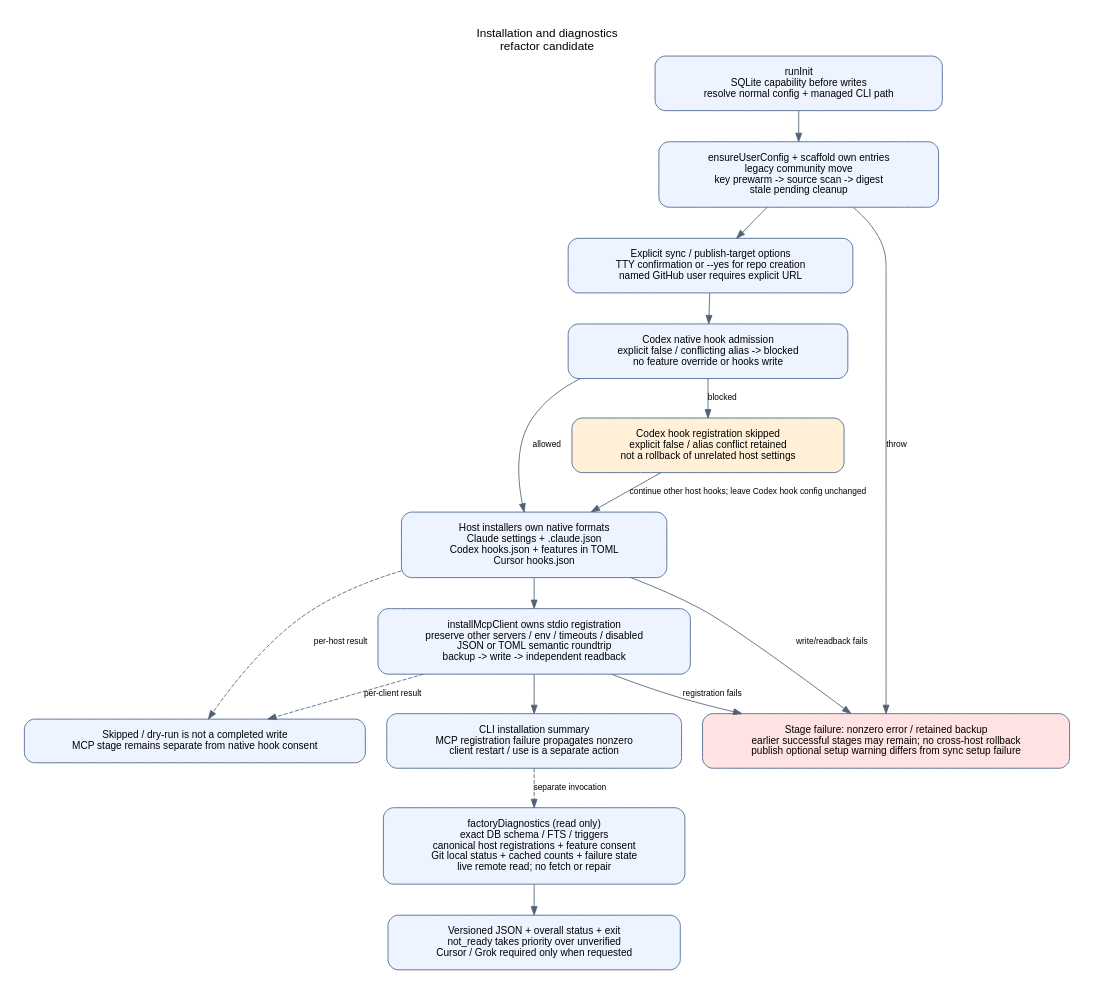
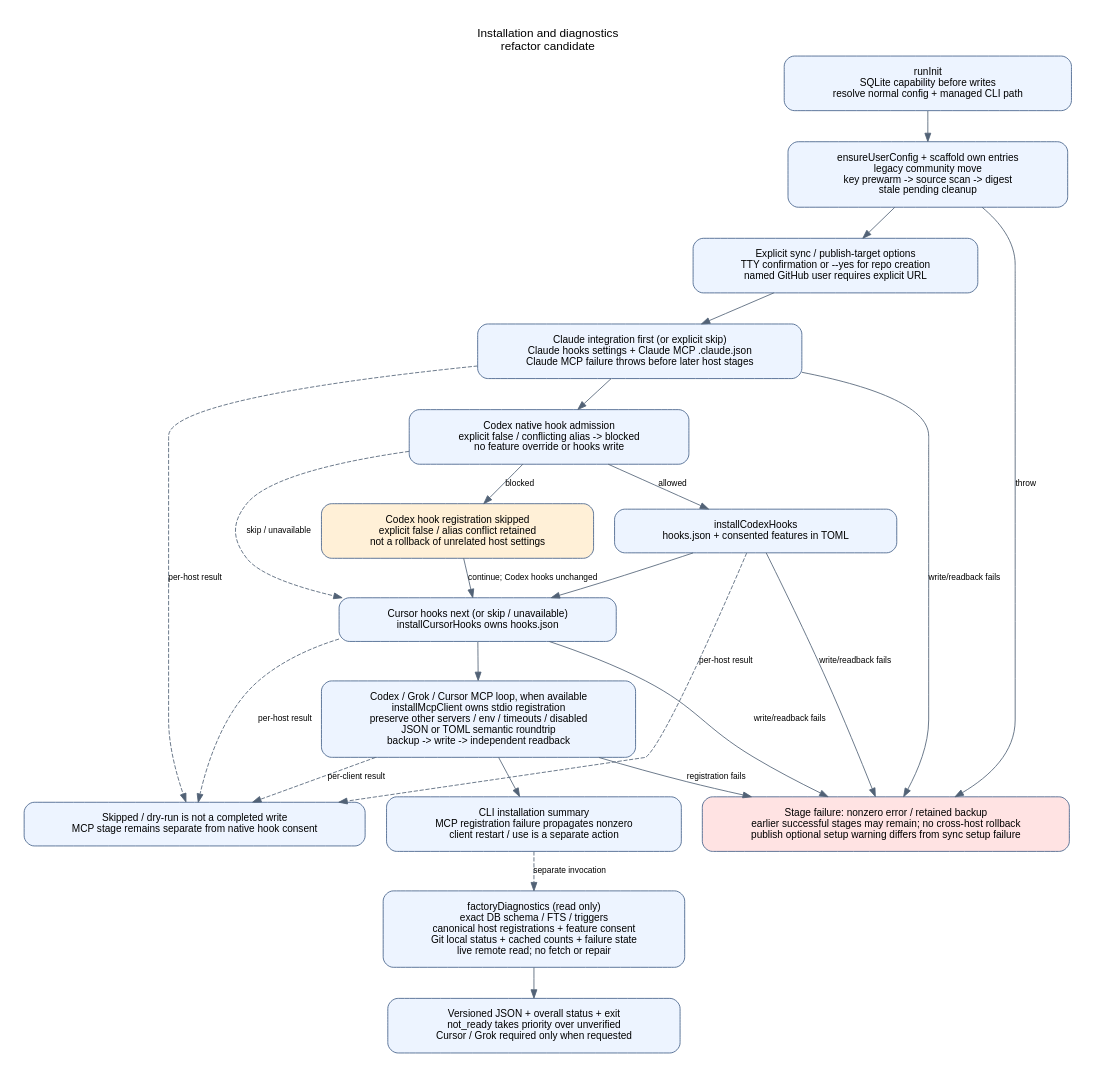
Before and after one commit to kitepon/Caveat: the diagram in docs/diagrams/06-install-diagnostics.dot, drawn with Graphviz. The commit also changed 9 other files, not shown here.

```diff
--- a/docs/diagrams/06-install-diagnostics.dot
+++ b/docs/diagrams/06-install-diagnostics.dot
@@ -1,35 +1,38 @@
 digraph installation {
  graph [rankdir=TB, bgcolor="white", pad="0.3", nodesep="0.35", ranksep="0.5", fontname="Arial", label="Installation and diagnostics\nrefactor candidate", labelloc=t];
  node [shape=box, style="rounded,filled", fillcolor="#edf4ff", color="#45618a", fontname="Arial", fontsize=12, margin="0.8,0.18"];
  edge [fontname="Arial", fontsize=10, color="#526276"];
  init [label="runInit\nSQLite capability before writes\nresolve normal config + managed CLI path"];
  data [label="ensureUserConfig + scaffold own entries\nlegacy community move\nkey prewarm -> source scan -> digest\nstale pending cleanup"];
  optional [label="Explicit sync / publish-target options\nTTY confirmation or --yes for repo creation\nnamed GitHub user requires explicit URL"];
  consent [label="Codex native hook admission\nexplicit false / conflicting alias -> blocked\nno feature override or hooks write"];
- adapters [label="Host installers own native formats\nClaude settings + .claude.json\nCodex hooks.json + features in TOML\nCursor hooks.json"];
- mcp [label="installMcpClient owns stdio registration\npreserve other servers / env / timeouts / disabled\nJSON or TOML semantic roundtrip\nbackup -> write -> independent readback"];
+ claude [label="Claude integration first (or explicit skip)\nClaude hooks settings + Claude MCP .claude.json\nClaude MCP failure throws before later host stages"];
+ codex [label="installCodexHooks\nhooks.json + consented features in TOML"];
+ cursor [label="Cursor hooks next (or skip / unavailable)\ninstallCursorHooks owns hooks.json"];
+ mcp [label="Codex / Grok / Cursor MCP loop, when available\ninstallMcpClient owns stdio registration\npreserve other servers / env / timeouts / disabled\nJSON or TOML semantic roundtrip\nbackup -> write -> independent readback"];
  result [label="CLI installation summary\nMCP registration failure propagates nonzero\nclient restart / use is a separate action"];
  diag [label="factoryDiagnostics (read only)\nexact DB schema / FTS / triggers\ncanonical host registrations + feature consent\nGit local status + cached counts + failure state\nlive remote read; no fetch or repair"];
  status [label="Versioned JSON + overall status + exit\nnot_ready takes priority over unverified\nCursor / Grok required only when requested"];
- init -> data -> optional -> consent;
+ init -> data -> optional -> claude -> consent;
 
- adapters -> mcp -> result;
+ codex -> cursor -> mcp -> result;
 
- consent -> adapters [label="allowed"];
+ consent -> codex [label="allowed"];
+ consent -> cursor [label="skip / unavailable",style=dashed];
  result -> diag [style=dashed, label="separate invocation"];
  diag -> status;
 
  partial [fillcolor="#ffe3e3",label="Stage failure: nonzero error / retained backup\nearlier successful stages may remain; no cross-host rollback\npublish optional setup warning differs from sync setup failure"];
  data -> partial [label="throw"];
- adapters -> partial [label="write/readback fails"];
+ {claude codex cursor} -> partial [label="write/readback fails"];
  mcp -> partial [label="registration fails"];
  blocked [fillcolor="#fff0d7",label="Codex hook registration skipped\nexplicit false / alias conflict retained\nnot a rollback of unrelated host settings"];
  consent -> blocked [label="blocked"];
 
 
- blocked -> adapters [label="continue other host hooks; leave Codex hook config unchanged"];
+ blocked -> cursor [label="continue; Codex hooks unchanged"];
  skipped [label="Skipped / dry-run is not a completed write\nMCP stage remains separate from native hook consent"];
- adapters -> skipped [style=dashed,label="per-host result"];
+ {claude codex cursor} -> skipped [style=dashed,label="per-host result"];
  mcp -> skipped [style=dashed,label="per-client result"];
 
 }
```
